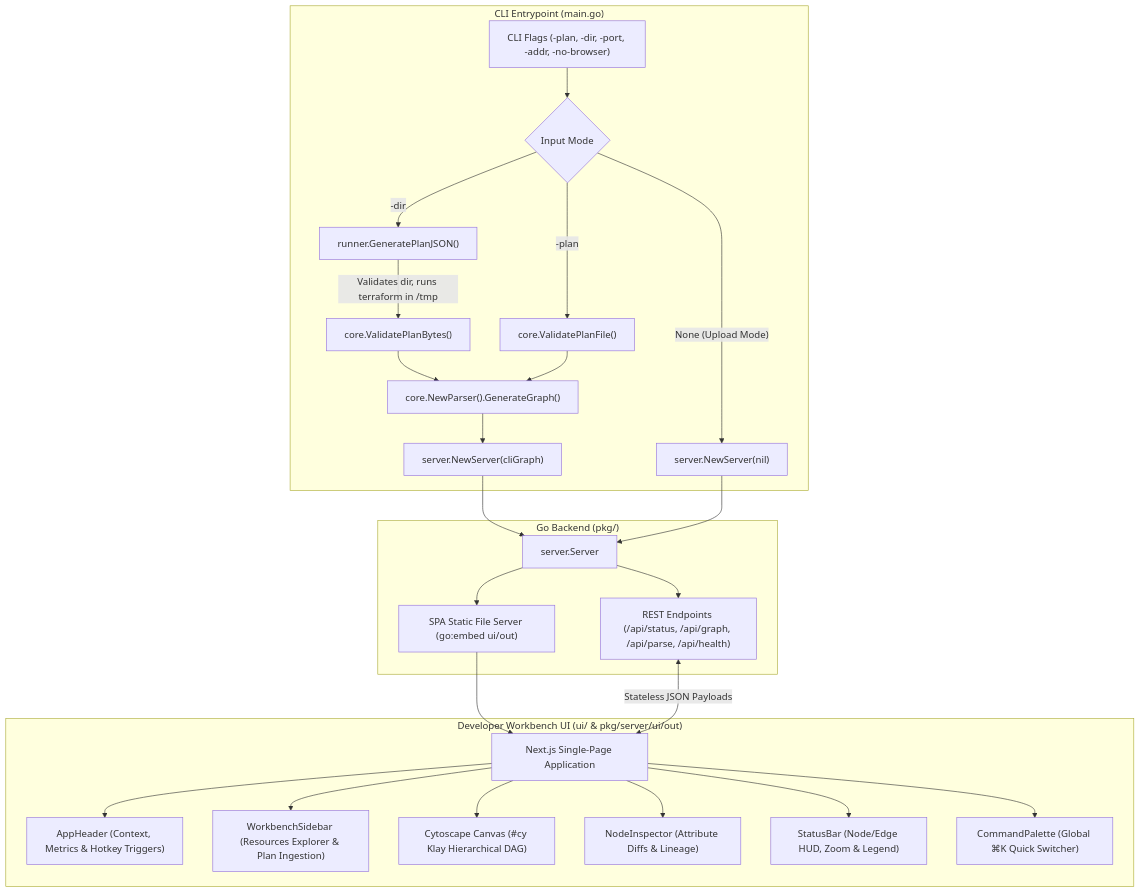
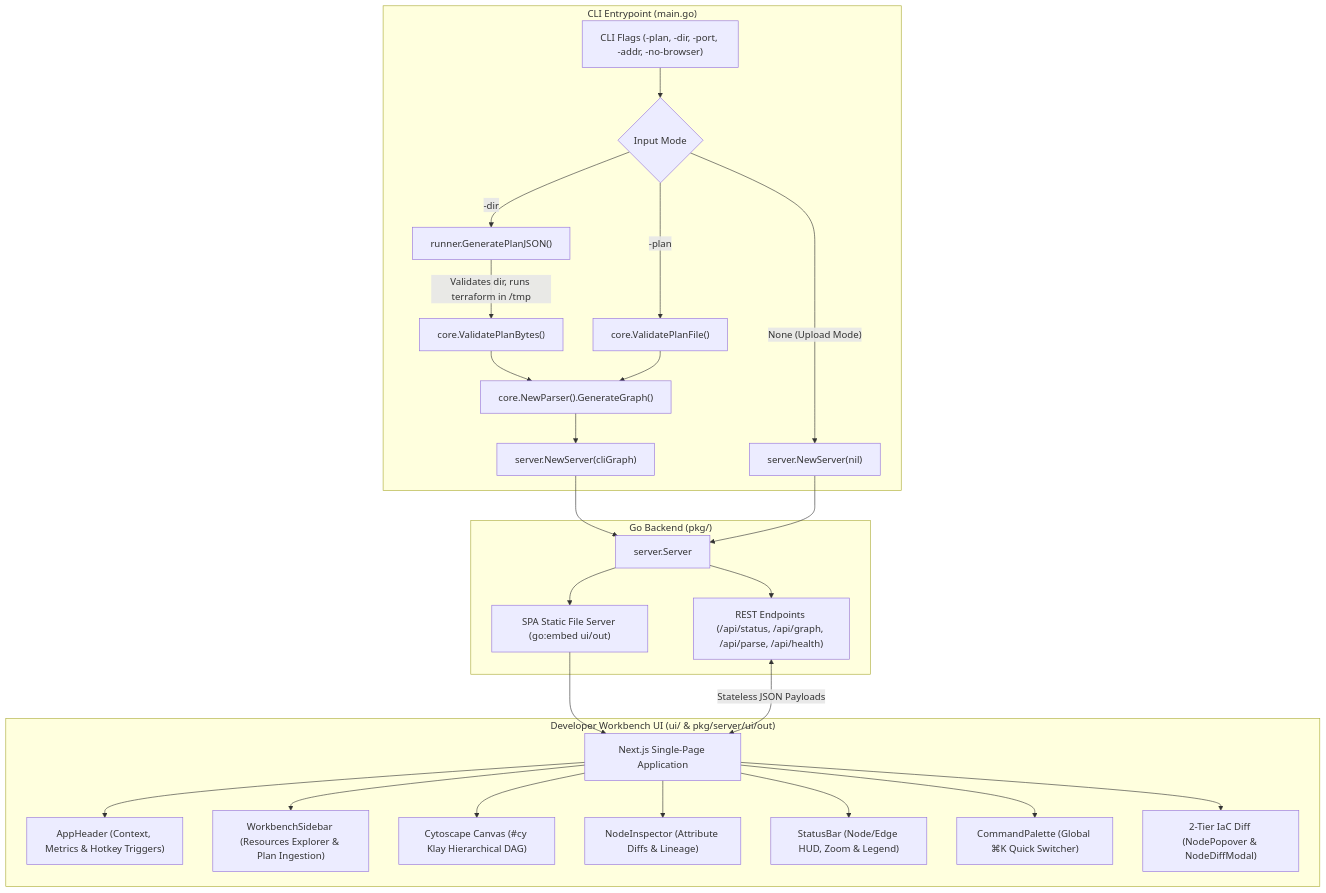
One commit to AatirNadim/plan-parse changed the first of 3 diagrams in README.md. Above: the diagram before and after it, drawn with Mermaid. The commit also changed other lines of this file and 5 other files, not shown here.

Commit message:
feat: implement 2-tier IaC diff system with NodePopover and NodeDiffModal, enhancing user experience for resource change inspection

````diff
--- a/README.md
+++ b/README.md
@@ -20,32 +20,33 @@
 ```mermaid
 flowchart TD
     subgraph CLI["CLI Entrypoint (main.go)"]
         A["CLI Flags (-plan, -dir, -port, -addr, -no-browser)"] --> B{"Input Mode"}
         B -->|"-plan <file>"| C["core.ValidatePlanFile()"]
         B -->|"-dir <path>"| D["runner.GeneratePlanJSON()"]
         B -->|"None (Upload Mode)"| E["server.NewServer(nil)"]
         D -->|Validates dir, runs terraform in /tmp| C2["core.ValidatePlanBytes()"]
         C2 --> F["core.NewParser().GenerateGraph()"]
         C --> F
         F --> G["server.NewServer(cliGraph)"]
     end
 
     subgraph Backend["Go Backend (pkg/)"]
         G --> H["server.Server"]
         E --> H
         H --> I["REST Endpoints (/api/status, /api/graph, /api/parse, /api/health)"]
         H --> J["SPA Static File Server (go:embed ui/out)"]
     end
 
     subgraph Frontend["Developer Workbench UI (ui/ & pkg/server/ui/out)"]
         J --> K["Next.js Single-Page Application"]
         K --> L["AppHeader (Context, Metrics & Hotkey Triggers)"]
         K --> M["WorkbenchSidebar (Resources Explorer & Plan Ingestion)"]
         K --> N["Cytoscape Canvas (#cy Klay Hierarchical DAG)"]
         K --> O["NodeInspector (Attribute Diffs & Lineage)"]
         K --> P["StatusBar (Node/Edge HUD, Zoom & Legend)"]
         K --> Q["CommandPalette (Global ⌘K Quick Switcher)"]
+        K --> R["2-Tier IaC Diff (NodePopover & NodeDiffModal)"]
     end
 
     I <-->|Stateless JSON Payloads| K
 ```
````
